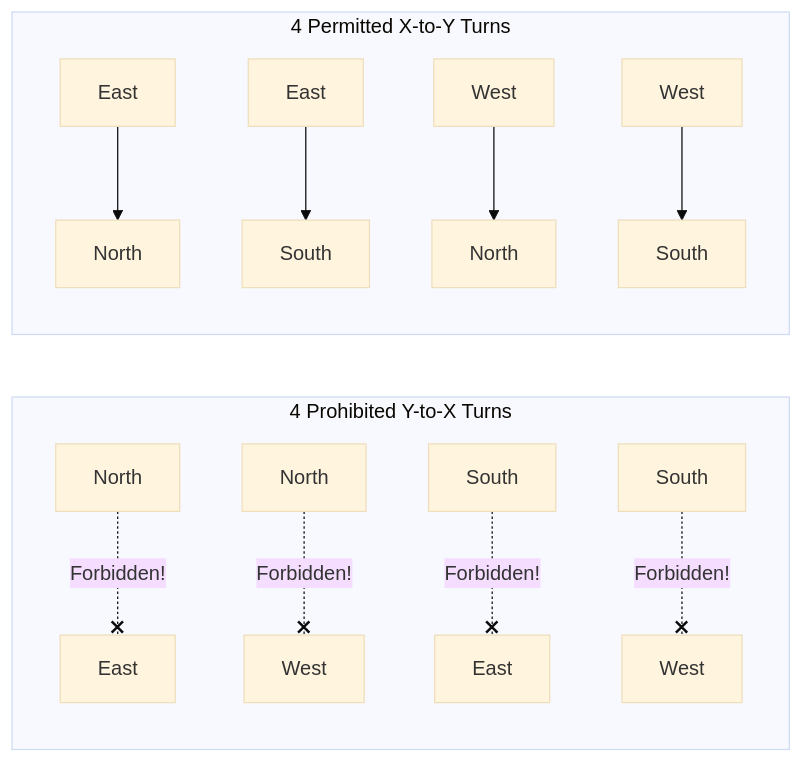
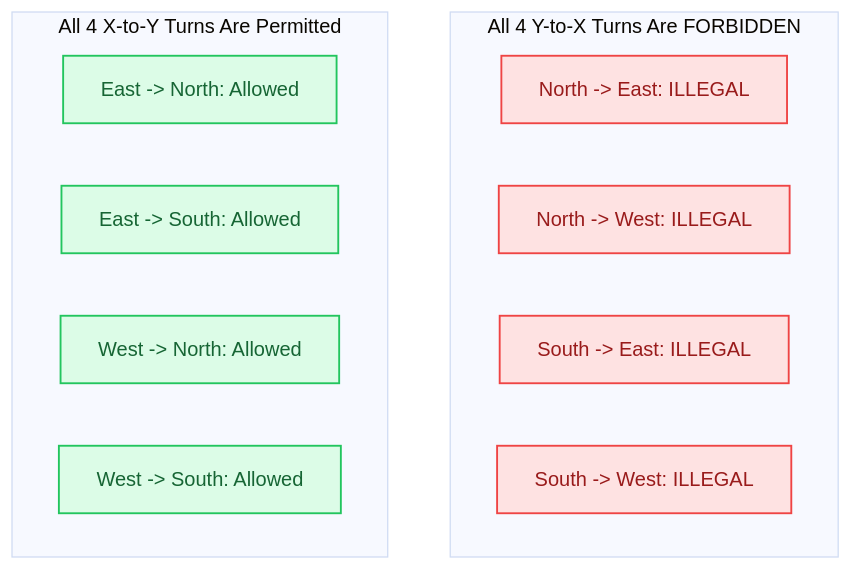
The diagram in docs/track4-routing-deadlock/01-deterministic-dor.md (network-on-chip/learning), drawn with Mermaid (base theme) before and after one commit. The commit also changed other lines of this file and 7 other files, not shown here.

````diff
--- a/docs/track4-routing-deadlock/01-deterministic-dor.md
+++ b/docs/track4-routing-deadlock/01-deterministic-dor.md
@@ -49,16 +166,22 @@
 ```mermaid
-graph LR
-  subgraph Prohibited_Turns [4 Prohibited Y-to-X Turns]
-    N1[North] -.-x|Forbidden!| E1[East]
-    N2[North] -.-x|Forbidden!| W1[West]
-    S1[South] -.-x|Forbidden!| E2[East]
-    S2[South] -.-x|Forbidden!| W2[West]
+graph TD
+  subgraph Prohibited_In_XY [All 4 Y-to-X Turns Are FORBIDDEN]
+    NE[North -> East: ILLEGAL]
+    NW[North -> West: ILLEGAL]
+    SE[South -> East: ILLEGAL]
+    SW[South -> West: ILLEGAL]
   end
 
-  subgraph Allowed_Turns [4 Permitted X-to-Y Turns]
-    E3[East] --> N3[North]
-    E4[East] --> S3[South]
-    W3[West] --> N4[North]
-    W4[West] --> S4[South]
+  subgraph Permitted_In_XY [All 4 X-to-Y Turns Are Permitted]
+    EN[East -> North: Allowed]
+    ES[East -> South: Allowed]
+    WN[West -> North: Allowed]
+    WS[West -> South: Allowed]
   end
+
+  classDef forbidStyle fill:#fee2e2,stroke:#ef4444,stroke-width:1.5px,color:#991b1b;
+  classDef allowStyle fill:#dcfce7,stroke:#22c55e,stroke-width:1.5px,color:#166534;
+
+  class NE,NW,SE,SW forbidStyle;
+  class EN,ES,WN,WS allowStyle;
 ```
````
